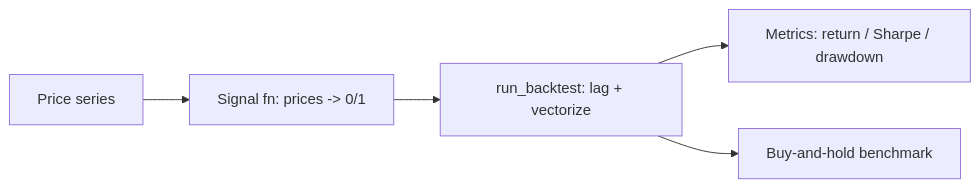
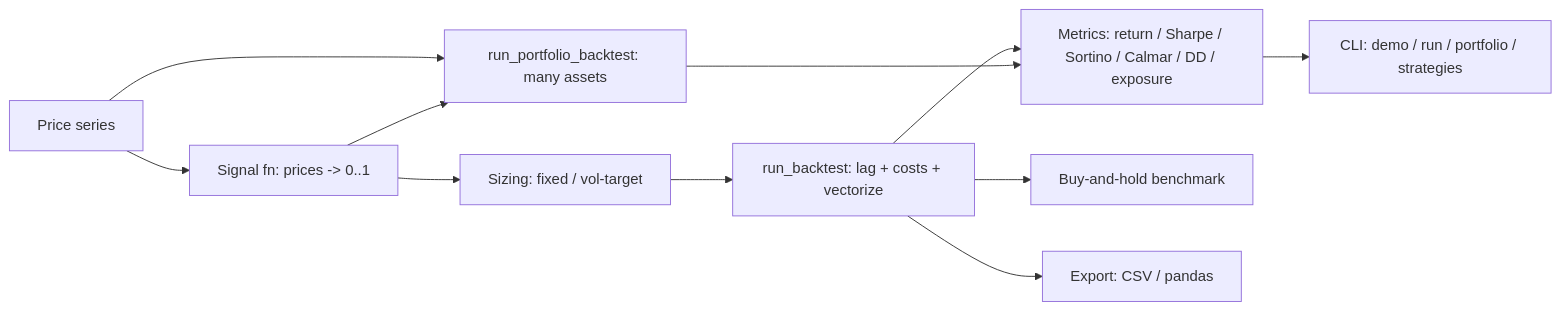
The diagram in README.md (Viprasol-Tech/backtesting-python), drawn with Mermaid before and after one commit. The commit also changed other lines of this file and 17 other files, not shown here.

````diff
--- a/README.md
+++ b/README.md
@@ -80,7 +129,13 @@
 ```mermaid
 flowchart LR
-    PRICES[Price series] --> SIG[Signal fn: prices -> 0/1]
-    SIG --> ENGINE[run_backtest: lag + vectorize]
-    ENGINE --> METRICS[Metrics: return / Sharpe / drawdown]
+    PRICES[Price series] --> SIG[Signal fn: prices -> 0..1]
+    SIG --> SIZE[Sizing: fixed / vol-target]
+    SIZE --> ENGINE[run_backtest: lag + costs + vectorize]
+    PRICES --> PORT[run_portfolio_backtest: many assets]
+    SIG --> PORT
+    ENGINE --> METRICS[Metrics: return / Sharpe / Sortino / Calmar / DD / exposure]
+    PORT --> METRICS
     ENGINE --> BH[Buy-and-hold benchmark]
+    ENGINE --> EXPORT[Export: CSV / pandas]
+    METRICS --> CLI[CLI: demo / run / portfolio / strategies]
 ```
````
